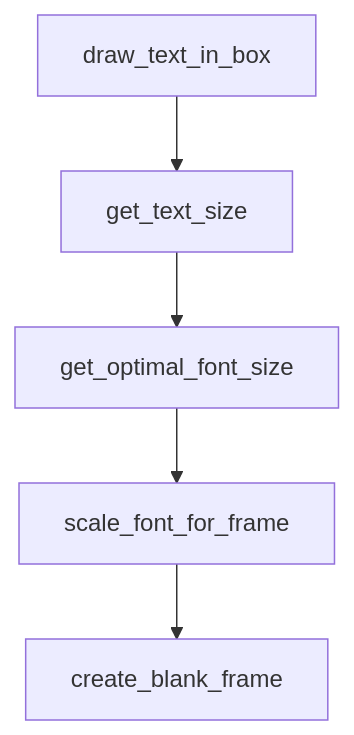
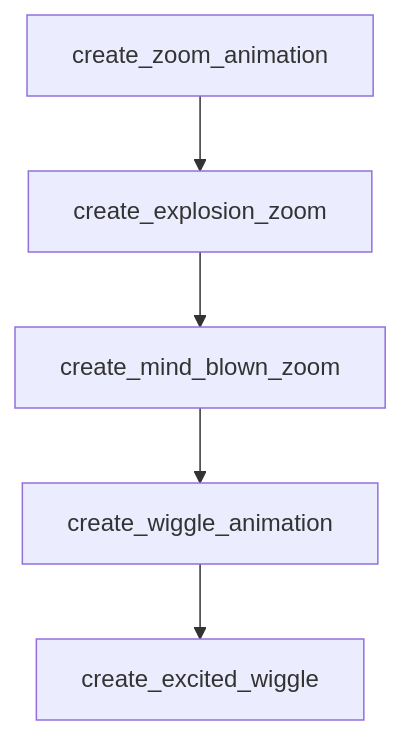
Before and after one commit to johnxie/awesome-code-docs: the diagram in tutorials/awesome-claude-skills-tutorial/03-installation-paths-claude-ai-claude-code-api.md, drawn with Mermaid. The commit also changed other lines of this file and 1232 other files, not shown here.

````diff
--- a/tutorials/awesome-claude-skills-tutorial/03-installation-paths-claude-ai-claude-code-api.md
+++ b/tutorials/awesome-claude-skills-tutorial/03-installation-paths-claude-ai-claude-code-api.md
@@ -202,12 +211,12 @@
 ```mermaid
 flowchart TD
-    A[draw_text_in_box]
-    B[get_text_size]
-    C[get_optimal_font_size]
-    D[scale_font_for_frame]
-    E[create_blank_frame]
+    A[create_zoom_animation]
+    B[create_explosion_zoom]
+    C[create_mind_blown_zoom]
+    D[create_wiggle_animation]
+    E[create_excited_wiggle]
     A --> B
     B --> C
     C --> D
     D --> E
 ```
````
